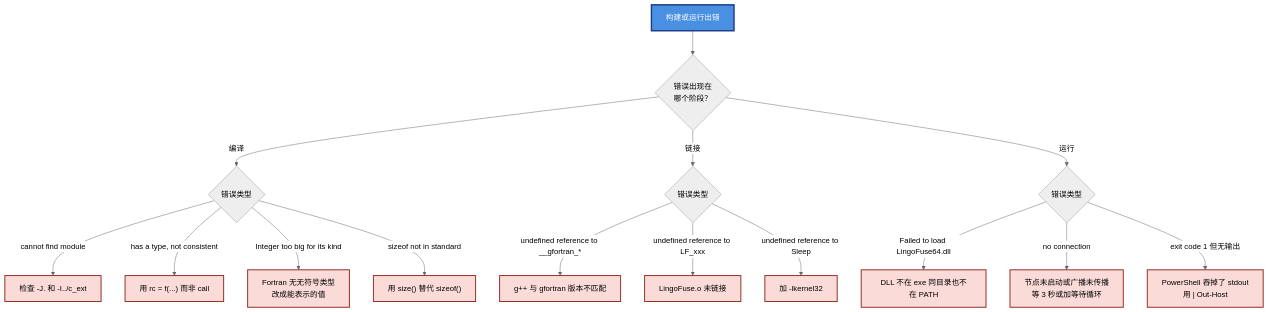
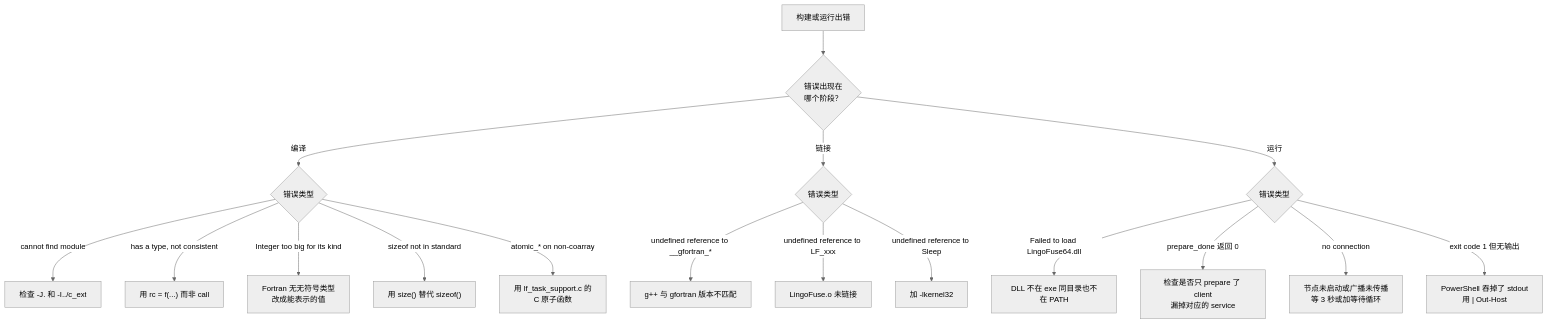
Diagram 19 of 19 in fortran/README.md (PassByYou888/LingoFuse), drawn with Mermaid (neutral theme) before and after one commit. The commit also changed other lines of this file and 16 other files, not shown here.

````diff
--- a/fortran/README.md
+++ b/fortran/README.md
@@ -1093,32 +1805,22 @@
 ```mermaid
 flowchart TD
     Start["构建或运行出错"] --> Q1{"错误出现在<br/>哪个阶段？"}
     Q1 -- "编译" --> C{"错误类型"}
     Q1 -- "链接" --> L{"错误类型"}
     Q1 -- "运行" --> R{"错误类型"}
 
     C -- "cannot find module" --> C1["检查 -J. 和 -I../c_ext"]
     C -- "has a type, not consistent" --> C2["用 rc = f(...) 而非 call"]
     C -- "Integer too big for its kind" --> C3["Fortran 无无符号类型<br/>改成能表示的值"]
     C -- "sizeof not in standard" --> C4["用 size() 替代 sizeof()"]
+    C -- "atomic_* on non-coarray" --> C5["用 lf_task_support.c 的<br/>C 原子函数"]
 
     L -- "undefined reference to __gfortran_*" --> L1["g++ 与 gfortran 版本不匹配"]
     L -- "undefined reference to LF_xxx" --> L2["LingoFuse.o 未链接"]
     L -- "undefined reference to Sleep" --> L3["加 -lkernel32"]
 
     R -- "Failed to load LingoFuse64.dll" --> R1["DLL 不在 exe 同目录也不在 PATH"]
-    R -- "no connection" --> R2["节点未启动或广播未传播<br/>等 3 秒或加等待循环"]
-    R -- "exit code 1 但无输出" --> R3["PowerShell 吞掉了 stdout<br/>用 | Out-Host"]
-
-    style Start fill:#4A90E2,stroke:#1E3A8A,stroke-width:3px,color:#FFFFFF
-    style C1 fill:#FADBD8,stroke:#922B21,stroke-width:2px
-    style C2 fill:#FADBD8,stroke:#922B21,stroke-width:2px
-    style C3 fill:#FADBD8,stroke:#922B21,stroke-width:2px
-    style C4 fill:#FADBD8,stroke:#922B21,stroke-width:2px
-    style L1 fill:#FADBD8,stroke:#922B21,stroke-width:2px
-    style L2 fill:#FADBD8,stroke:#922B21,stroke-width:2px
-    style L3 fill:#FADBD8,stroke:#922B21,stroke-width:2px
-    style R1 fill:#FADBD8,stroke:#922B21,stroke-width:2px
-    style R2 fill:#FADBD8,stroke:#922B21,stroke-width:2px
-    style R3 fill:#FADBD8,stroke:#922B21,stroke-width:2px
+    R -- "prepare_done 返回 0" --> R2["检查是否只 prepare 了 client<br/>漏掉对应的 service"]
+    R -- "no connection" --> R3["节点未启动或广播未传播<br/>等 3 秒或加等待循环"]
+    R -- "exit code 1 但无输出" --> R4["PowerShell 吞掉了 stdout<br/>用 | Out-Host"]
 ```
````
